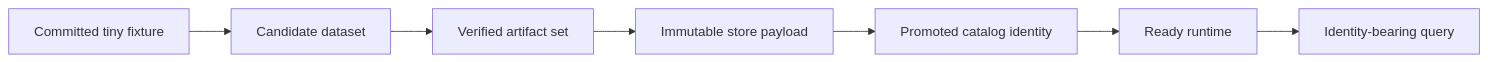
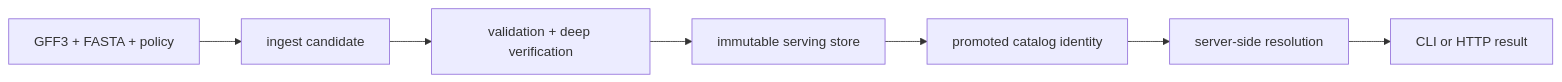
The first of 2 diagrams in README.md (bijux/bijux-atlas), drawn with Mermaid before and after one commit. The commit also changed other lines of this file, not shown here.

Commit message:
docs(readme): center dataset and operations journeys

````diff
--- a/README.md
+++ b/README.md
@@ -128,9 +74,9 @@
 ```mermaid
 flowchart LR
-    Fixture[Committed tiny fixture] --> Candidate[Candidate dataset]
-    Candidate --> Verified[Verified artifact set]
-    Verified --> Published[Immutable store payload]
-    Published --> Catalog[Promoted catalog identity]
-    Catalog --> Runtime[Ready runtime]
-    Runtime --> Query[Identity-bearing query]
+    Source["GFF3 + FASTA + policy"] --> Candidate["ingest candidate"]
+    Candidate --> Verify["validation + deep verification"]
+    Verify --> Store["immutable serving store"]
+    Store --> Catalog["promoted catalog identity"]
+    Catalog --> Server["server-side resolution"]
+    Server --> Query["CLI or HTTP result"]
 ```
````
